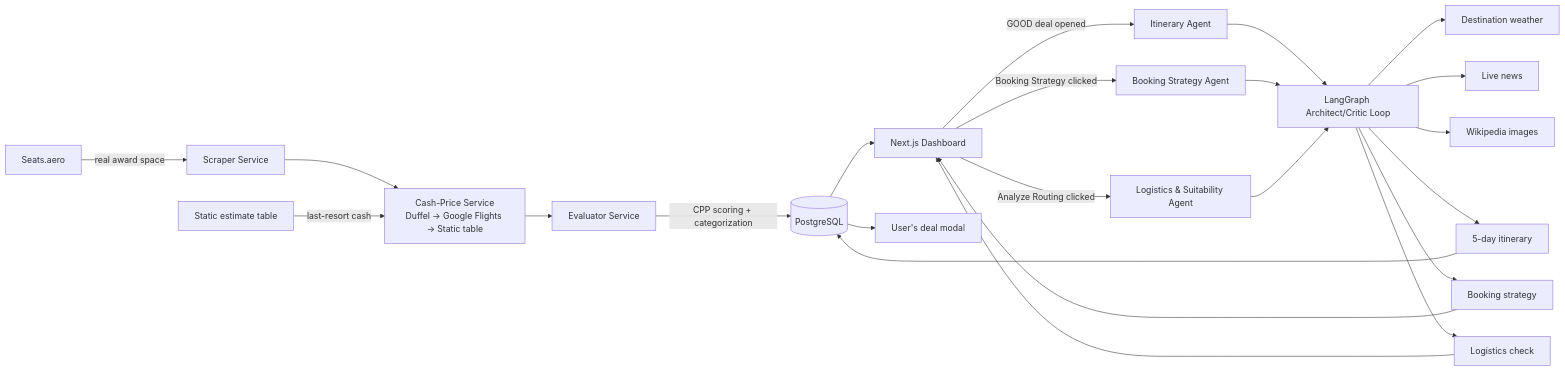
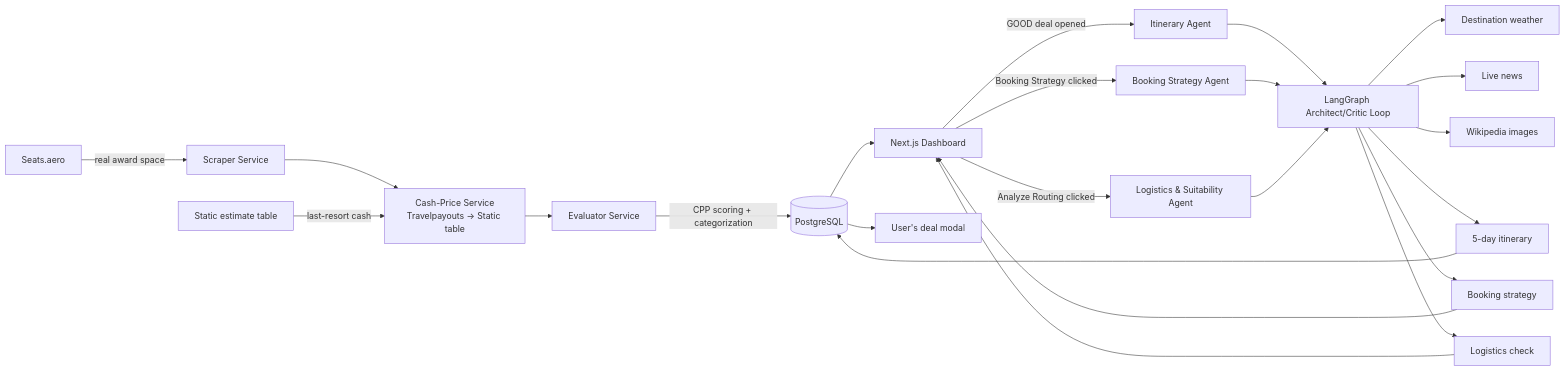
Before and after one commit to hadileonard08/flight-deal-dashboard: the second of 2 diagrams in README.md, drawn with Mermaid. The commit also changed other lines of this file and 11 other files, not shown here.

Commit message:
Replace Duffel with Travelpayouts affiliate API for search and cash pricing

````diff
--- a/README.md
+++ b/README.md
@@ -188,25 +188,25 @@
 ```mermaid
 flowchart LR
     A[Seats.aero] -->|real award space| B[Scraper Service]
-    B --> C[Cash-Price Service<br/>Duffel → Google Flights → Static table]
+    B --> C[Cash-Price Service<br/>Travelpayouts → Static table]
     S[Static estimate table] -->|last-resort cash| C
     C --> D[Evaluator Service]
     D -->|CPP scoring + categorization| E[(PostgreSQL)]
     E --> F[Next.js Dashboard]
     F -->|GOOD deal opened| G[Itinerary Agent]
     F -->|Booking Strategy clicked| R[Booking Strategy Agent]
     F -->|Analyze Routing clicked| T[Logistics & Suitability Agent]
     G --> H[LangGraph Architect/Critic Loop]
     R --> H
     T --> H
     H --> I[Destination weather]
     H --> J[Live news]
     H --> K[Wikipedia images]
     H --> L[5-day itinerary]
     H --> M[Booking strategy]
     H --> N[Logistics check]
     L --> E
     M --> F
     N --> F
     E --> P[User's deal modal]
 ```
````
